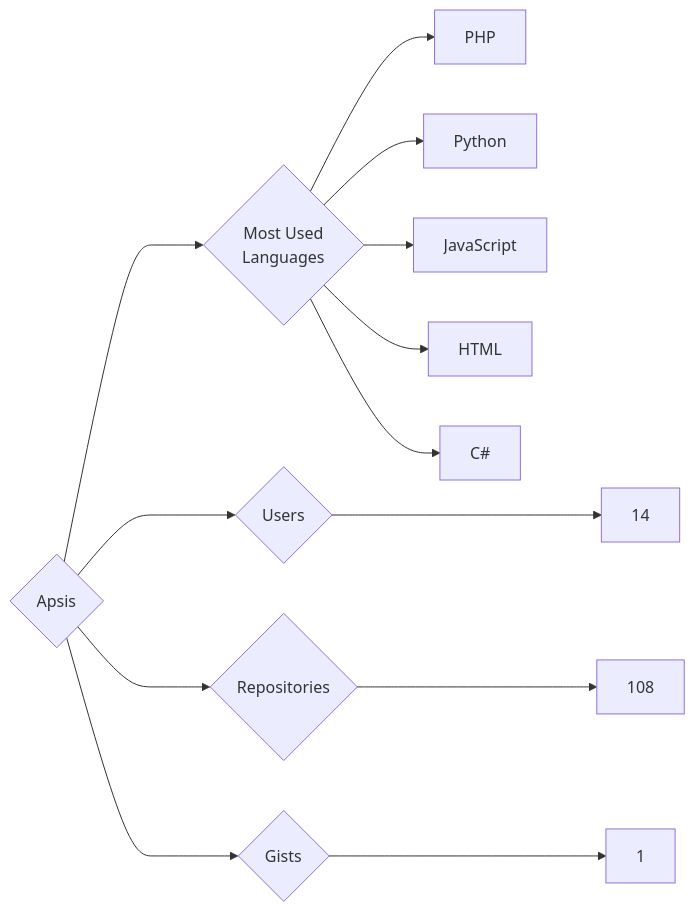
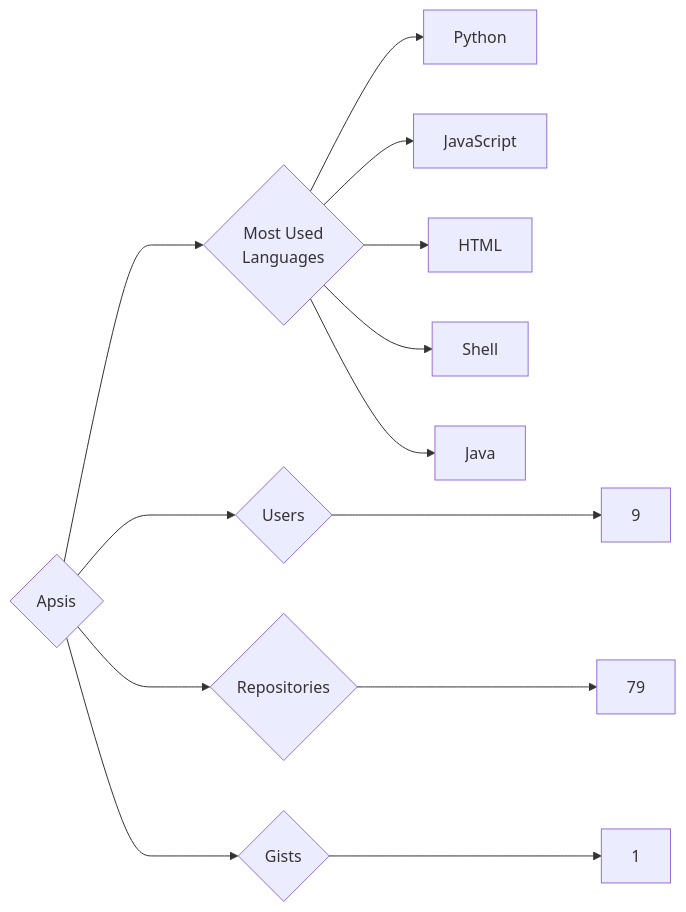
One commit to trickest/insiders changed the diagram in targets/Apsis/README.md. Above: the diagram before and after it, drawn with Mermaid. The commit also changed 1195 other files, not shown here.

````diff
--- a/targets/Apsis/README.md
+++ b/targets/Apsis/README.md
@@ -3,13 +3,13 @@
 ```mermaid
 graph LR
 COMPANY_NAME{Apsis}
-COMPANY_NAME ---> U{Users} ---> UN[14]
-COMPANY_NAME ---> R{Repositories} ---> RN[108]
+COMPANY_NAME ---> U{Users} ---> UN[9]
+COMPANY_NAME ---> R{Repositories} ---> RN[79]
 COMPANY_NAME ---> G{Gists} ---> GN[1]
 COMPANY_NAME ---> ML{Most Used<br>Languages}
-ML --> PHP[PHP]
 ML --> Python[Python]
 ML --> JavaScript[JavaScript]
 ML --> HTML[HTML]
-ML --> C#[C#]
+ML --> Shell[Shell]
+ML --> Java[Java]
 ```
````
